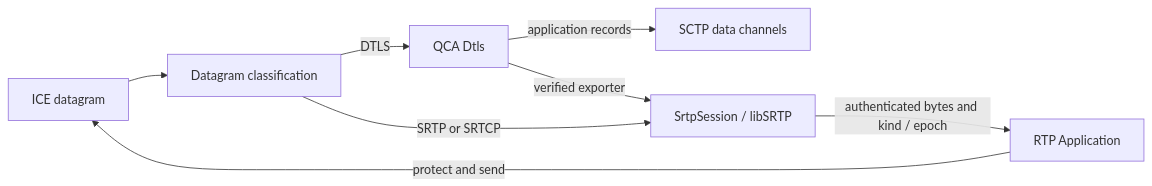
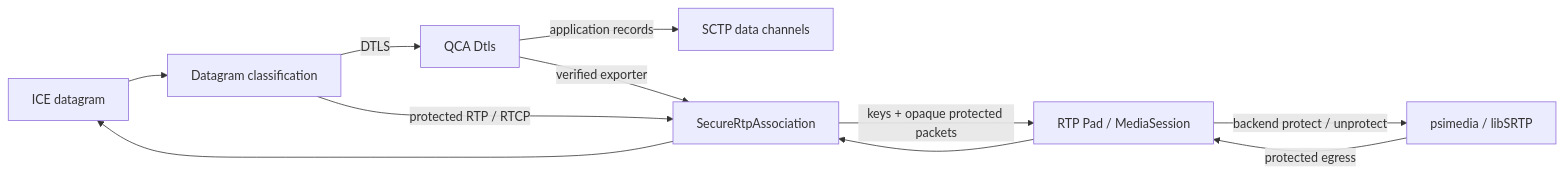
Before and after one commit to psi-im/iris: the fourth of 5 diagrams in docs/jingle-rtp-design.md, drawn with Mermaid. The commit also changed other lines of this file and 30 other files, not shown here.

First line of the commit message:
Move Jingle SRTP protection to the media backend

````diff
--- a/docs/jingle-rtp-design.md
+++ b/docs/jingle-rtp-design.md
@@ -223,10 +223,13 @@
 ```mermaid
 flowchart LR
     ICE[ICE datagram] --> C[Datagram classification]
     C -->|DTLS| Q[QCA Dtls]
     Q -->|application records| SCTP[SCTP data channels]
-    Q -->|verified exporter| S[SrtpSession / libSRTP]
-    C -->|SRTP or SRTCP| S
-    S -->|authenticated bytes and kind / epoch| A[RTP Application]
-    A -->|protect and send| ICE
+    Q -->|verified exporter| A[SecureRtpAssociation]
+    C -->|protected RTP / RTCP| A
+    A -->|keys + opaque protected packets| P[RTP Pad / MediaSession]
+    P -->|backend protect / unprotect| M[psimedia / libSRTP]
+    M -->|protected egress| P
+    P --> A
+    A --> ICE
 ```
````
